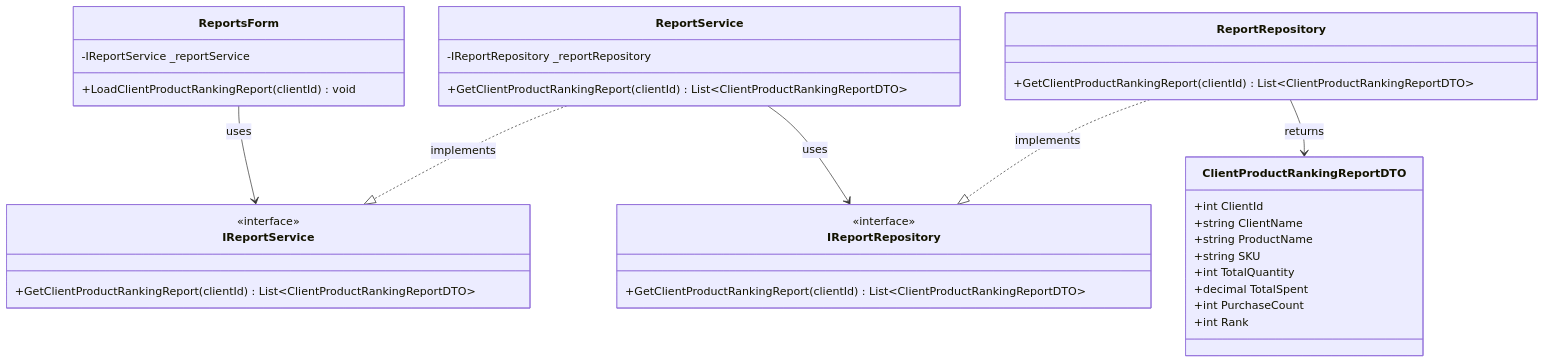
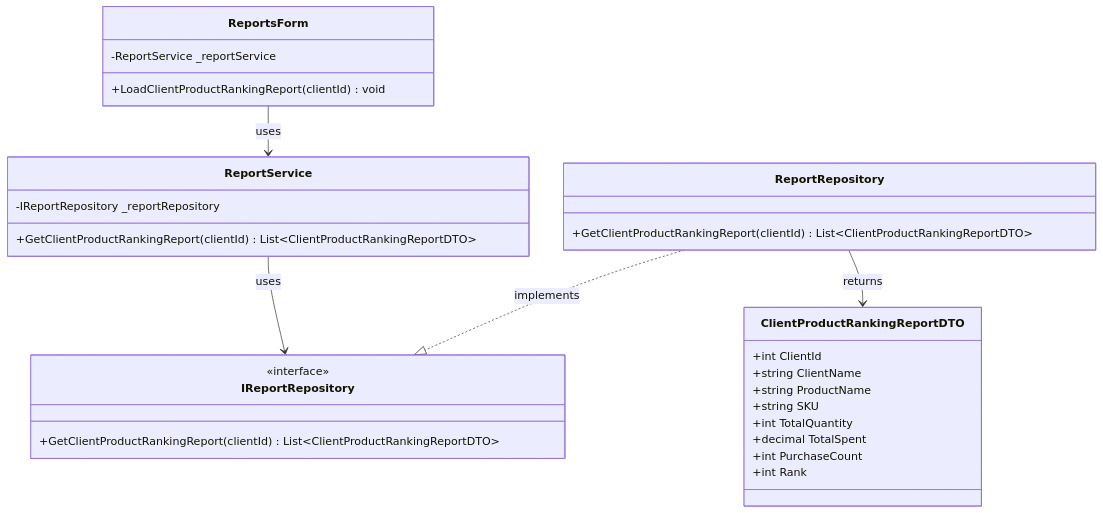
The third of 14 diagrams in Documentation/UML_Diagrams/18_Reports_UseCases.md (nahuk86/tp_diploma_nk_2026), drawn with Mermaid before and after one commit. The commit also changed other lines of this file and 5 other files, not shown here.

First line of the commit message:
Fix UML documentation: remove non-existent BLL service interfaces

````diff
--- a/Documentation/UML_Diagrams/18_Reports_UseCases.md
+++ b/Documentation/UML_Diagrams/18_Reports_UseCases.md
@@ -99,43 +88,38 @@
 ```mermaid
 classDiagram
     class ReportsForm {
-        -IReportService _reportService
+        -ReportService _reportService
         +LoadClientProductRankingReport(clientId) void
     }
 
-    class IReportService {
-        <<interface>>
-        +GetClientProductRankingReport(clientId) List~ClientProductRankingReportDTO~
-    }
 
     class ReportService {
         -IReportRepository _reportRepository
         +GetClientProductRankingReport(clientId) List~ClientProductRankingReportDTO~
     }
 
     class IReportRepository {
         <<interface>>
         +GetClientProductRankingReport(clientId) List~ClientProductRankingReportDTO~
     }
 
     class ReportRepository {
         +GetClientProductRankingReport(clientId) List~ClientProductRankingReportDTO~
     }
 
     class ClientProductRankingReportDTO {
         +int ClientId
         +string ClientName
         +string ProductName
         +string SKU
         +int TotalQuantity
         +decimal TotalSpent
         +int PurchaseCount
         +int Rank
     }
 
-    ReportsForm --> IReportService : uses
-    ReportService ..|> IReportService : implements
+    ReportsForm --> ReportService : uses
     ReportService --> IReportRepository : uses
     ReportRepository ..|> IReportRepository : implements
     ReportRepository --> ClientProductRankingReportDTO : returns
 ```
````
